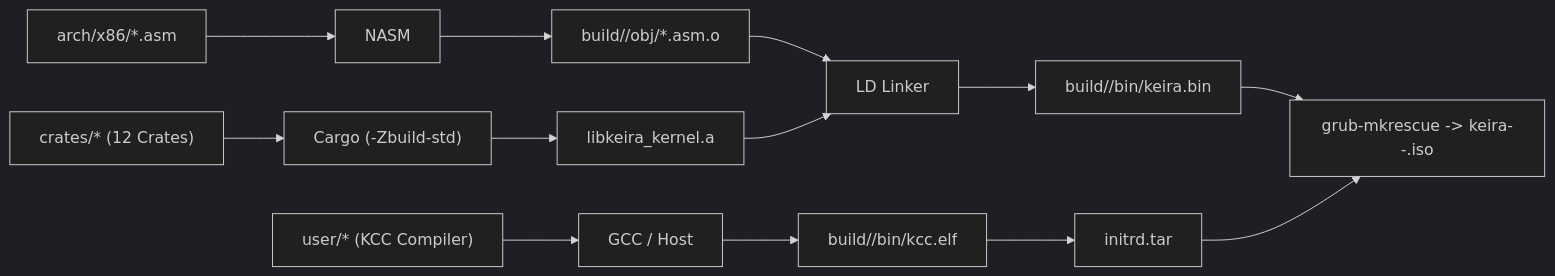
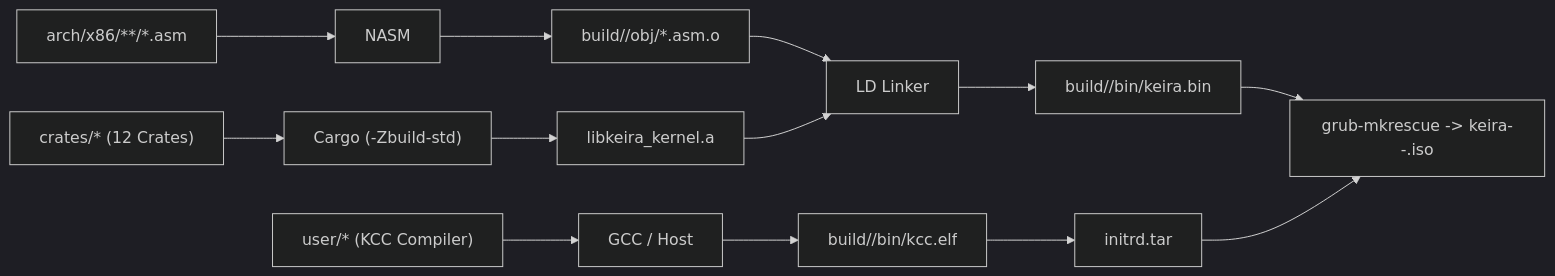
The diagram in docs/contributing/guides/build.md (mrvlous/keira), drawn with Mermaid (dark theme) before and after one commit. The commit also changed other lines of this file and 23 other files, not shown here.

````diff
--- a/docs/contributing/guides/build.md
+++ b/docs/contributing/guides/build.md
@@ -11,11 +11,11 @@
 ```mermaid
 graph LR
-    ASM["arch/x86/*.asm"] --> NASM["NASM"] --> Obj["build/<arch>/obj/*.asm.o"]
+    ASM["arch/x86/**/*.asm"] --> NASM["NASM"] --> Obj["build/<arch>/obj/*.asm.o"]
     Rust["crates/* (12 Crates)"] --> Cargo["Cargo (-Zbuild-std)"] --> Lib["libkeira_kernel.a"]
     Obj --> LD["LD Linker"]
     Lib --> LD
     CUser["user/* (KCC Compiler)"] --> GCC["GCC / Host"] --> KCCObj["build/<arch>/bin/kcc.elf"]
     LD --> Bin["build/<arch>/bin/keira.bin"]
     Bin --> ISO["grub-mkrescue -> keira-<arch>-<date>.iso"]
     KCCObj --> Initrd["initrd.tar"] --> ISO
 ```
````
